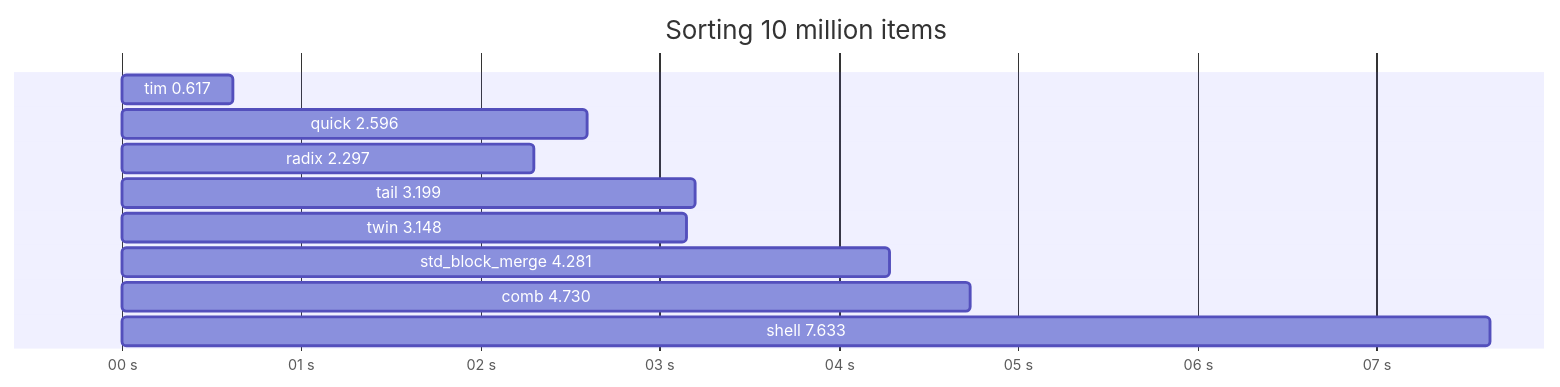
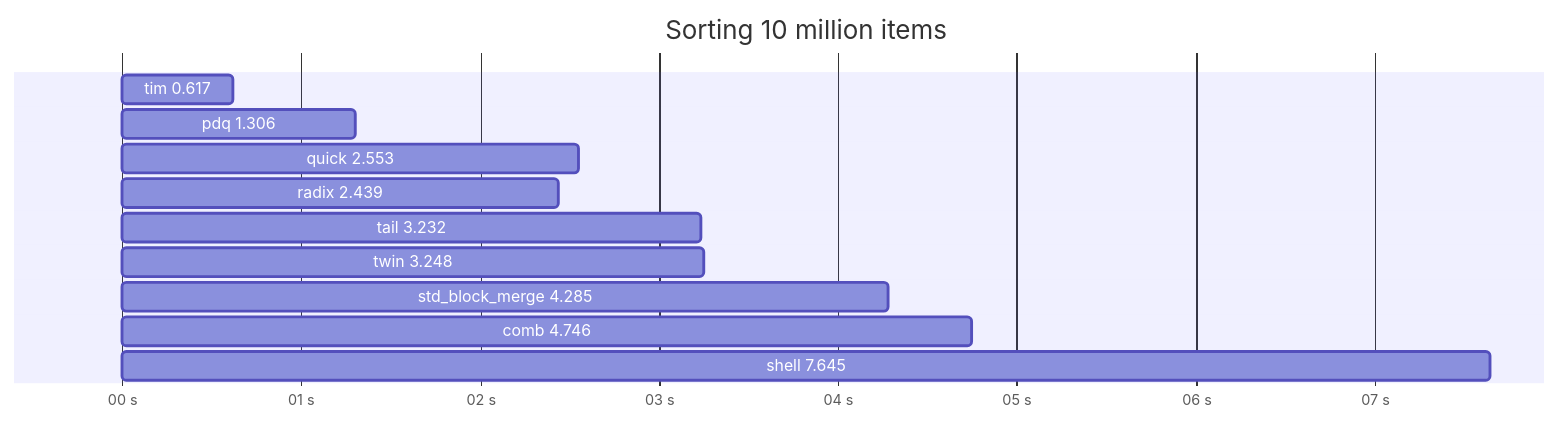
The first of 3 diagrams in README.md (alichraghi/zort), drawn with Mermaid before and after one commit. The commit also changed other lines of this file, not shown here.

Commit message:
Update benchmark results with pdqSort()

````diff
--- a/README.md
+++ b/README.md
@@ -39,14 +40,15 @@
 ```mermaid
 gantt
     title Sorting 10 million items
     dateFormat x
     axisFormat %S s
     tim 0.617: 0,617
-    quick 2.596: 0,2595
-    radix 2.297: 0,2297
-    tail 3.199: 0,3199
-    twin 3.148: 0,3149
-    std_block_merge 4.281: 0,4281
-    comb 4.730: 0,4731
-    shell 7.633: 0,7634
+    pdq 1.306: 0,1306
+    quick 2.553: 0,2552
+    radix 2.439: 0,2441
+    tail 3.232: 0,3232
+    twin 3.248: 0,3248
+    std_block_merge 4.285: 0,4283
+    comb 4.746: 0,4747
+    shell 7.645: 0,7643
 ```
````
